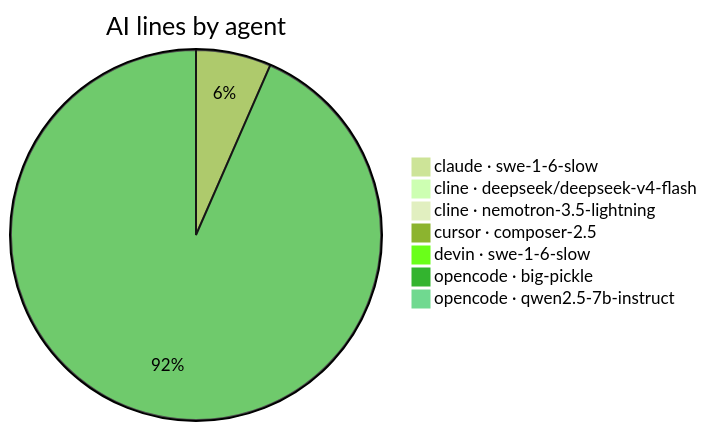
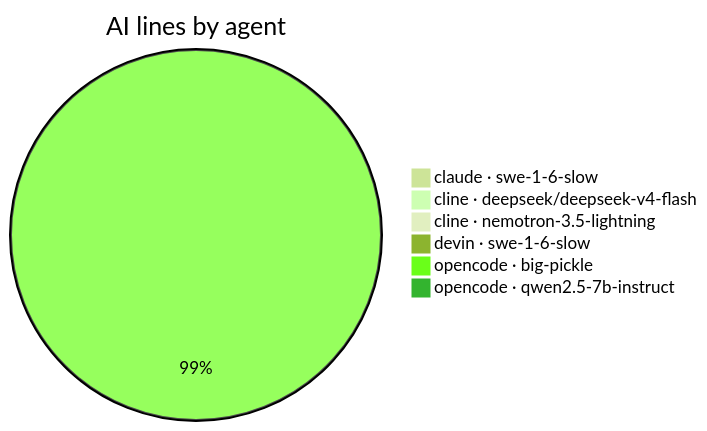
The second of 5 diagrams in AI-AUTHORSHIP.md (CaliMark/game-of-life), drawn with Mermaid (forest theme) before and after one commit. The commit also changed other lines of this file and 1 other file, not shown here.

````diff
--- a/AI-AUTHORSHIP.md
+++ b/AI-AUTHORSHIP.md
@@ -36,10 +35,9 @@
 ```mermaid
 pie title AI lines by agent
     "claude · swe-1-6-slow" : 1
     "cline · deepseek/deepseek-v4-flash" : 1
     "cline · nemotron-3.5-lightning" : 1
-    "cursor · composer-2.5" : 42
     "devin · swe-1-6-slow" : 1
-    "opencode · big-pickle" : 598
+    "opencode · big-pickle" : 605
     "opencode · qwen2.5-7b-instruct" : 3
 ```
````
